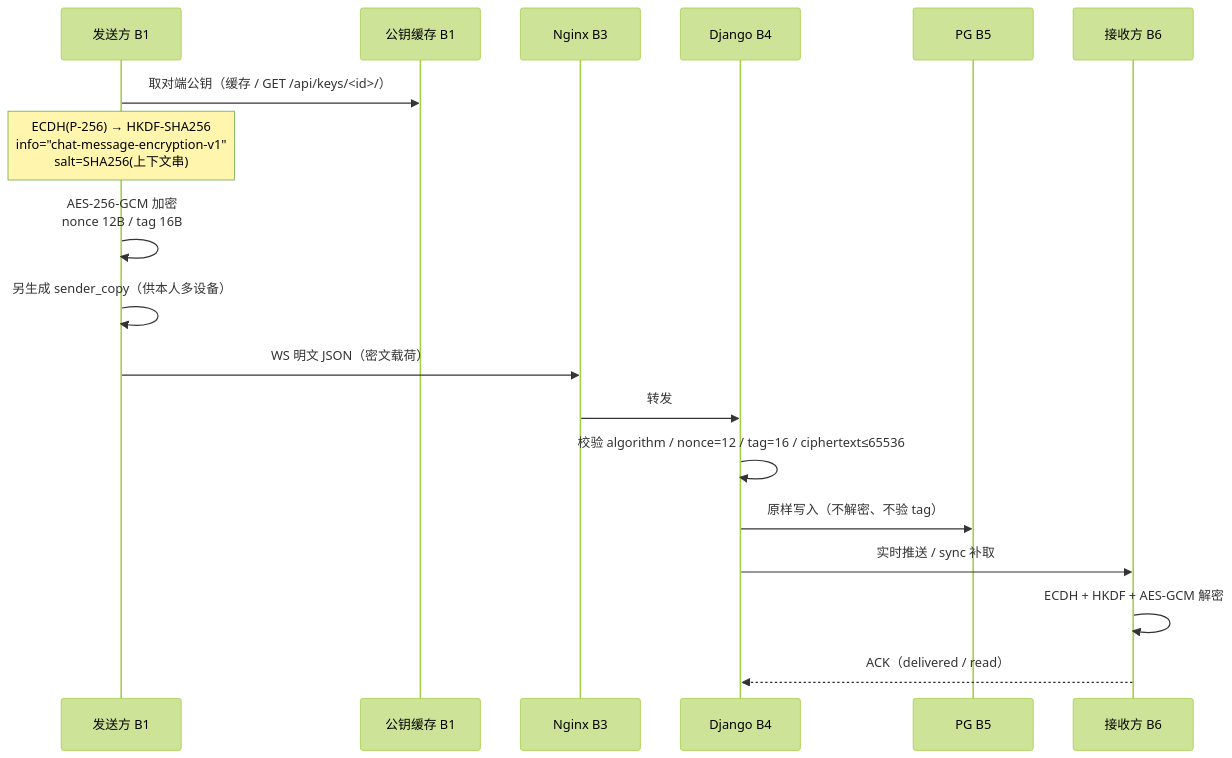
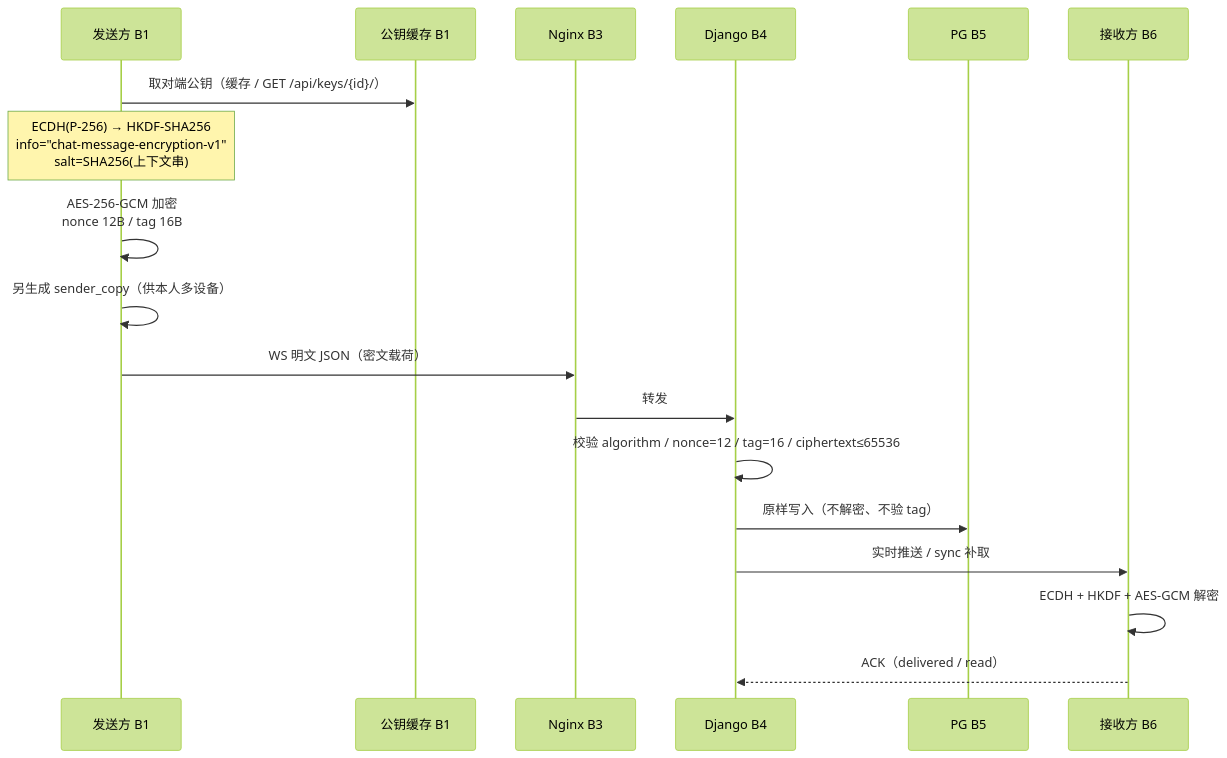
Before and after one commit to HeanX/iChat_Pro: the second of 2 diagrams in docs/phase4/e2ee-threat-model.md, drawn with Mermaid (forest theme). The commit also changed other lines of this file, not shown here.

Commit message:
docs(security): fix mermaid label and placeholder escaping in E2EE threat model
Two rendering defects: a duplicated word in the localStorage node label, and an unescaped <id> placeholder that GitHub would swallow as an HTML tag. Refs #165

````diff
--- a/docs/phase4/e2ee-threat-model.md
+++ b/docs/phase4/e2ee-threat-model.md
@@ -145,21 +145,21 @@
 ```mermaid
 sequenceDiagram
     participant S as 发送方 B1
     participant K as 公钥缓存 B1
     participant N as Nginx B3
     participant D as Django B4
     participant DB as PG B5
     participant R as 接收方 B6
 
-    S->>K: 取对端公钥（缓存 / GET /api/keys/<id>/）
+    S->>K: 取对端公钥（缓存 / GET /api/keys/{id}/）
     Note over S: ECDH(P-256) → HKDF-SHA256<br/>info="chat-message-encryption-v1"<br/>salt=SHA256(上下文串)
     S->>S: AES-256-GCM 加密<br/>nonce 12B / tag 16B
     S->>S: 另生成 sender_copy（供本人多设备）
     S->>N: WS 明文 JSON（密文载荷）
     N->>D: 转发
     D->>D: 校验 algorithm / nonce=12 / tag=16 / ciphertext≤65536
     D->>DB: 原样写入（不解密、不验 tag）
     D->>R: 实时推送 / sync 补取
     R->>R: ECDH + HKDF + AES-GCM 解密
     R-->>D: ACK（delivered / read）
 ```
````
